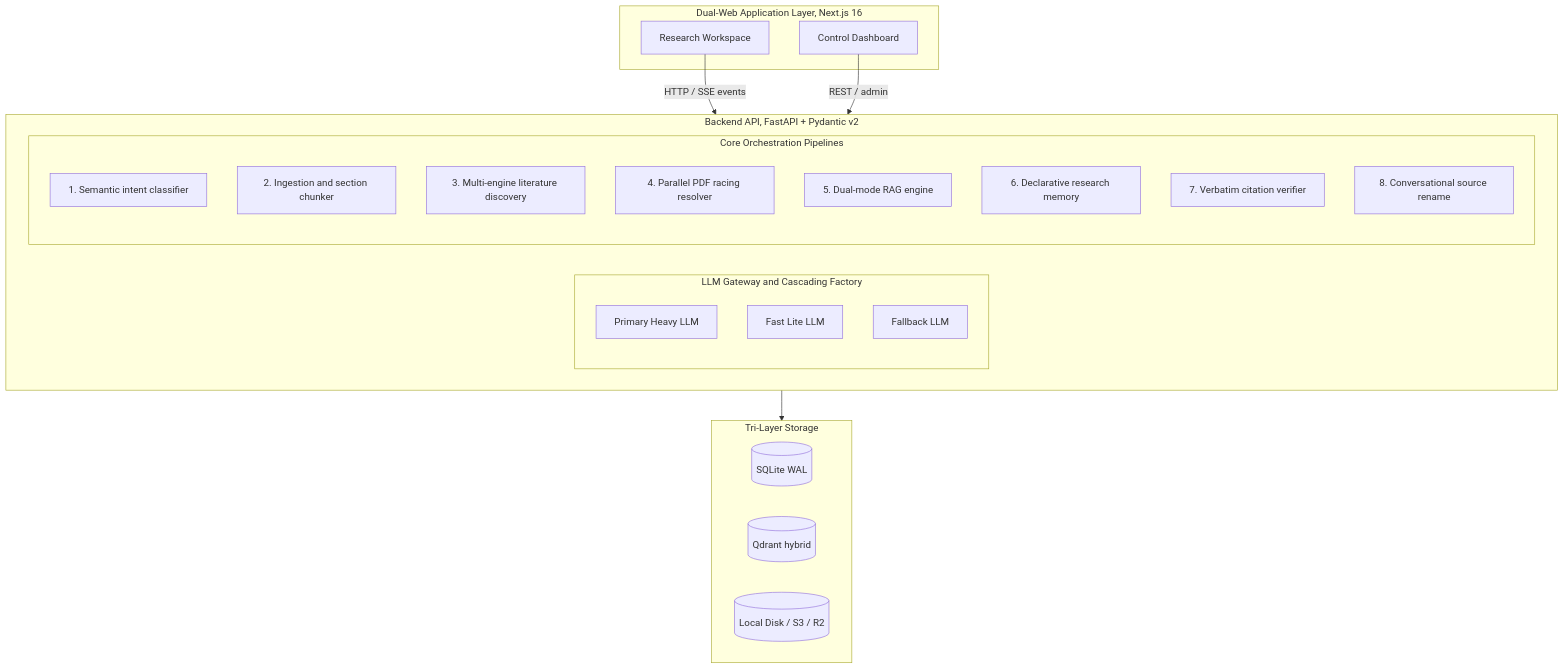
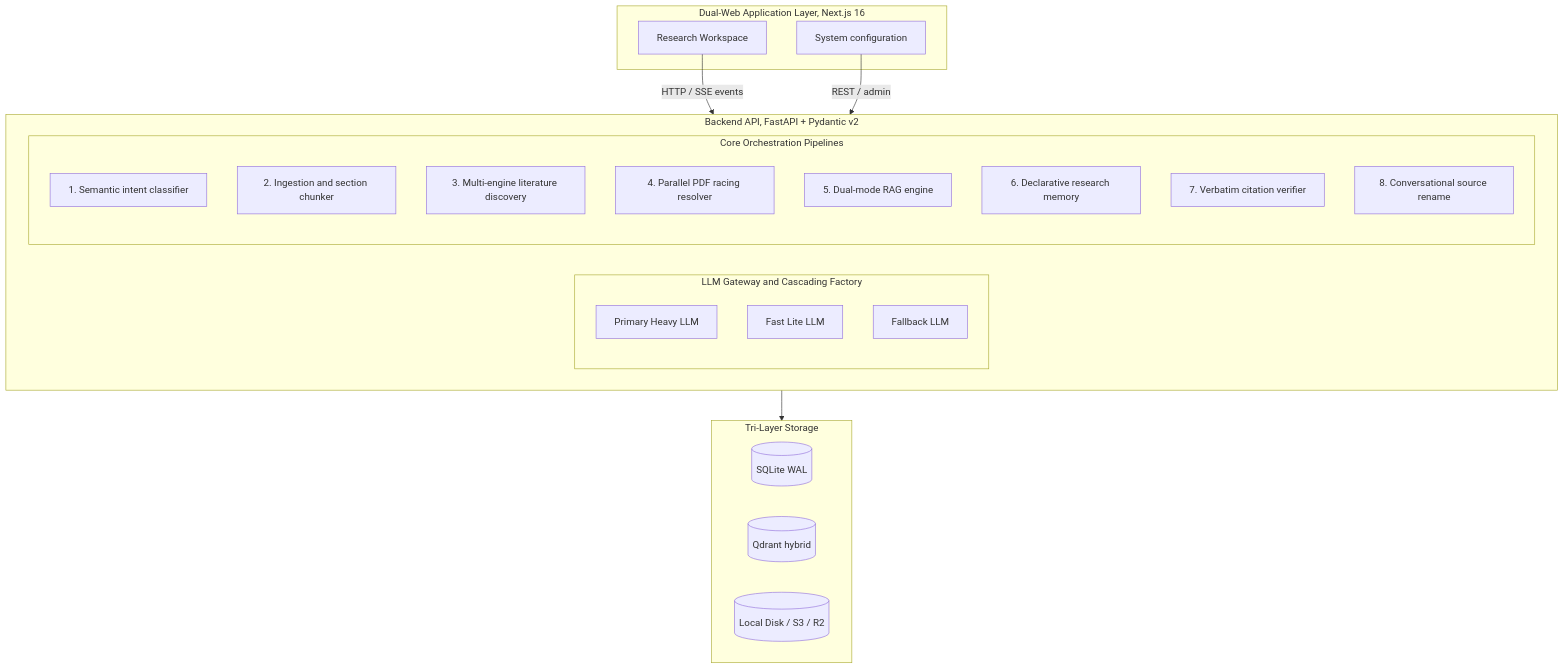
One commit to ganendraditya/not-notebooklm changed the first of 8 diagrams in docs/TECHNICAL_STACK_AND_PIPELINES.md. Above: the diagram before and after it, drawn with Mermaid. The commit also changed other lines of this file and 46 other files, not shown here.

Commit message:
feat(admin): simplify system configuration and remember chat models (#103)

````diff
--- a/docs/TECHNICAL_STACK_AND_PIPELINES.md
+++ b/docs/TECHNICAL_STACK_AND_PIPELINES.md
@@ -11,32 +11,32 @@
 ```mermaid
 graph TB
     subgraph WEB["Dual-Web Application Layer, Next.js 16"]
         WS["Research Workspace"]
-        ADM["Control Dashboard"]
+        ADM["System configuration"]
     end
     subgraph BE["Backend API, FastAPI + Pydantic v2"]
         subgraph GW["LLM Gateway and Cascading Factory"]
             PRI["Primary Heavy LLM"]
             FST["Fast Lite LLM"]
             FBC["Fallback LLM"]
         end
         subgraph PIPE["Core Orchestration Pipelines"]
             P1["1. Semantic intent classifier"]
             P2["2. Ingestion and section chunker"]
             P3["3. Multi-engine literature discovery"]
             P4["4. Parallel PDF racing resolver"]
             P5["5. Dual-mode RAG engine"]
             P6["6. Declarative research memory"]
             P7["7. Verbatim citation verifier"]
             P8["8. Conversational source rename"]
         end
     end
     subgraph STORE["Tri-Layer Storage"]
         SQL[("SQLite WAL")]
         QD[("Qdrant hybrid")]
         OBJ[("Local Disk / S3 / R2")]
     end
     WS -->|"HTTP / SSE events"| BE
     ADM -->|"REST / admin"| BE
     BE --> STORE
 ```
````
